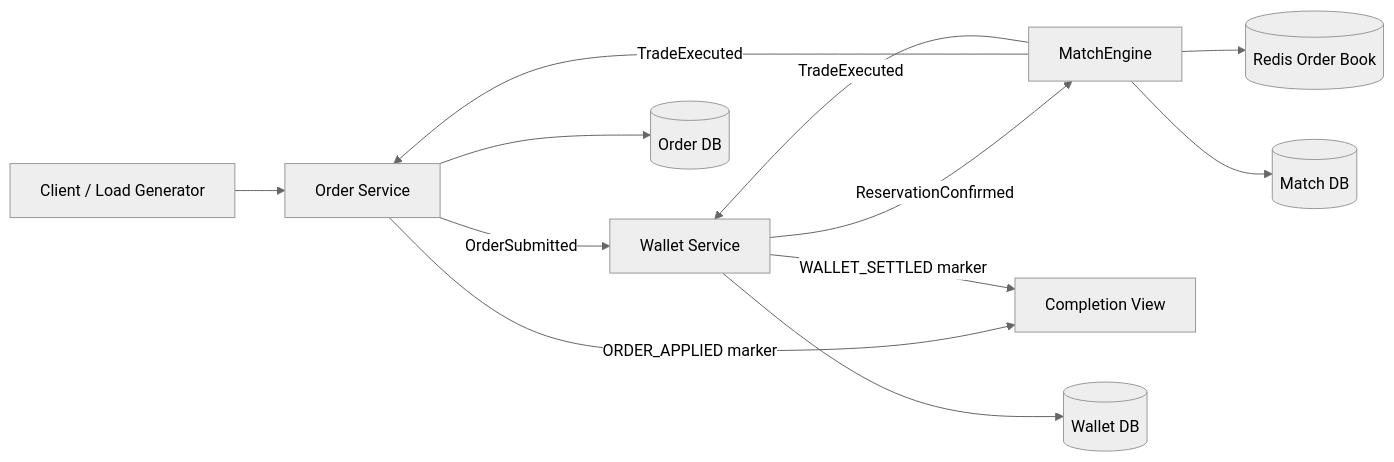
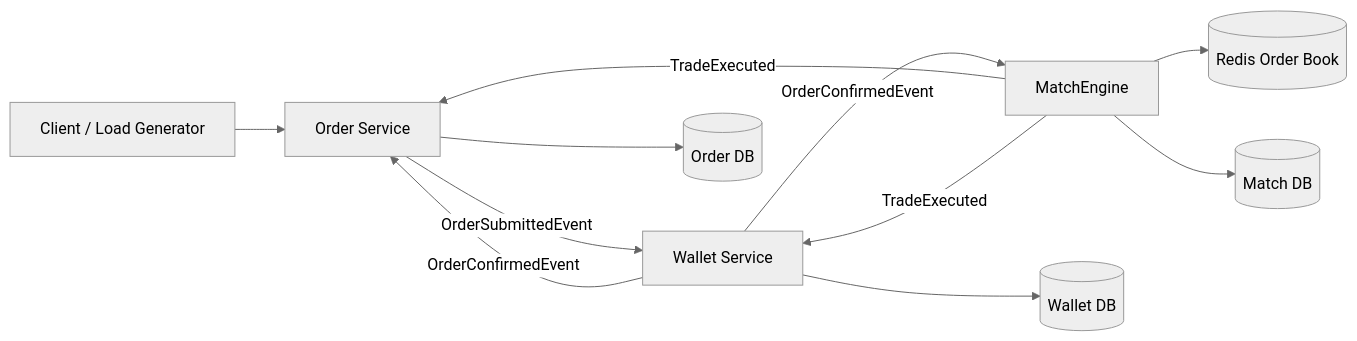
The first of 5 diagrams in docs/architecture.md (Yitin-tsai/eap-infra), drawn with Mermaid (neutral theme) before and after one commit. The commit also changed other lines of this file and 32 other files, not shown here.

````diff
--- a/docs/architecture.md
+++ b/docs/architecture.md
@@ -47,14 +46,13 @@
 ```mermaid
 flowchart LR
     Client[Client / Load Generator] --> Order[Order Service]
-    Order -->|OrderSubmitted| Wallet[Wallet Service]
-    Wallet -->|ReservationConfirmed| Match[MatchEngine]
+    Order -->|OrderSubmittedEvent| Wallet[Wallet Service]
+    Wallet -->|OrderConfirmedEvent| Order
+    Wallet -->|OrderConfirmedEvent| Match[MatchEngine]
     Match -->|TradeExecuted| Order
     Match -->|TradeExecuted| Wallet
-    Order -->|ORDER_APPLIED marker| Completion[Completion View]
-    Wallet -->|WALLET_SETTLED marker| Completion
     Match --> Redis[(Redis Order Book)]
     Order --> OrderDb[(Order DB)]
     Wallet --> WalletDb[(Wallet DB)]
     Match --> MatchDb[(Match DB)]
 ```
````
